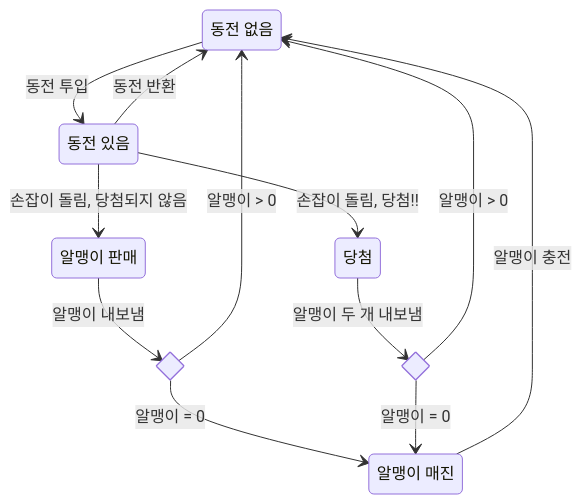
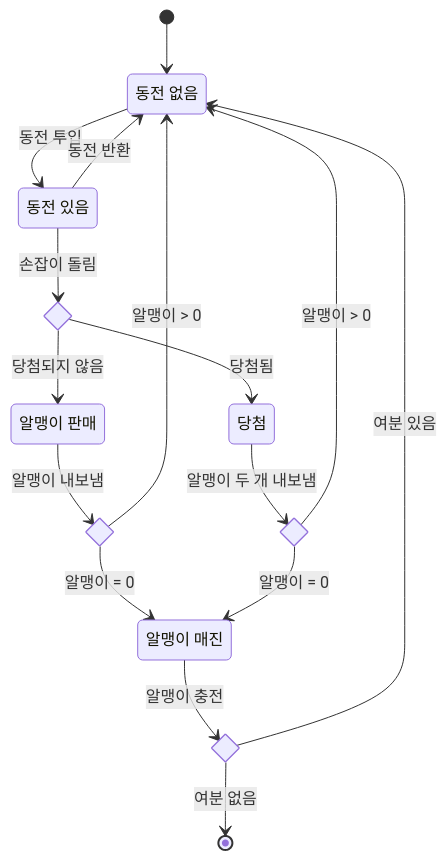
The second of 3 diagrams in _notes/design-pattern/state-pattern.md (choesimin/choesimin.github.io), drawn with Mermaid before and after one commit. The commit also changed 1 other file, not shown here.

````diff
--- a/_notes/design-pattern/state-pattern.md
+++ b/_notes/design-pattern/state-pattern.md
@@ -102,29 +102,36 @@
 ```mermaid
 stateDiagram-v2
 
 state "동전 없음" as noQuarter
 state "동전 있음" as hasQuarter
 state "알맹이 판매" as sold
 state "알맹이 매진" as soldOut
 state "당첨" as winner
 
 state ifSold <<choice>>
 state ifWinner <<choice>>
+state ifSoldOut <<choice>>
+state ifHasQuarter <<choice>>
 
 
-soldOut --> noQuarter : 알맹이 충전
+[*] --> noQuarter
 
 noQuarter --> hasQuarter : 동전 투입
 
 hasQuarter --> noQuarter : 동전 반환
-hasQuarter --> sold : 손잡이 돌림, 당첨되지 않음
-hasQuarter --> winner : 손잡이 돌림, 당첨!!
+hasQuarter --> ifHasQuarter : 손잡이 돌림
+ifHasQuarter --> sold : 당첨되지 않음
+ifHasQuarter --> winner : 당첨됨
 
 sold --> ifSold : 알맹이 내보냄
 ifSold --> noQuarter : 알맹이 > 0
 ifSold --> soldOut : 알맹이 = 0
 
 winner --> ifWinner : 알맹이 두 개 내보냄
 ifWinner --> noQuarter : 알맹이 > 0
 ifWinner --> soldOut : 알맹이 = 0
+
+soldOut --> ifSoldOut : 알맹이 충전
+ifSoldOut --> noQuarter : 여분 있음
+ifSoldOut --> [*] : 여분 없음
 ```
````
